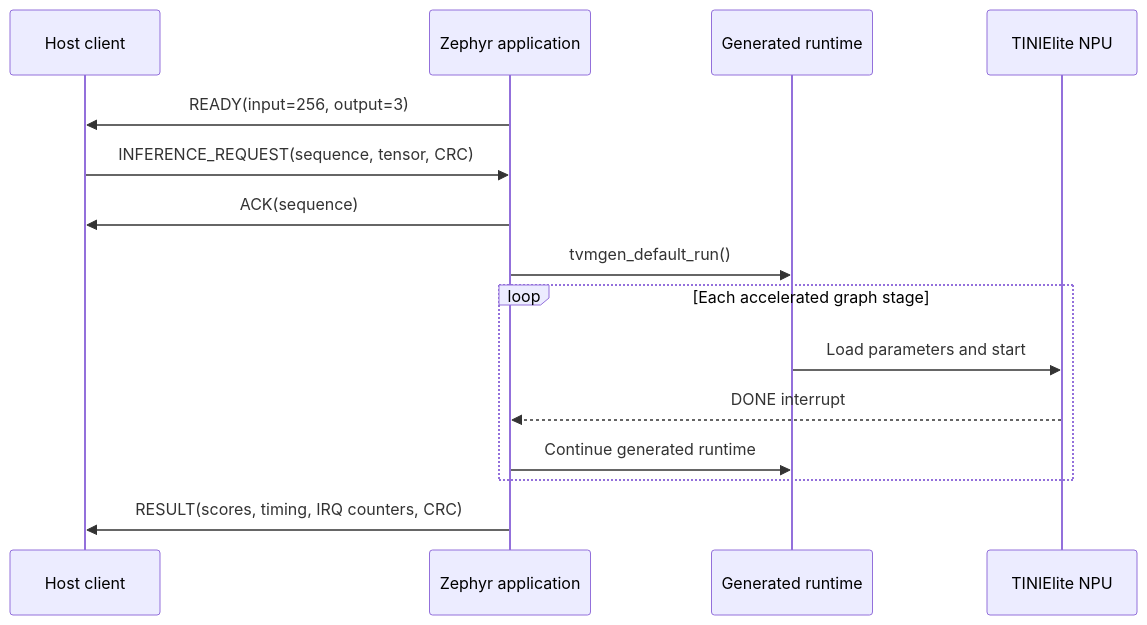
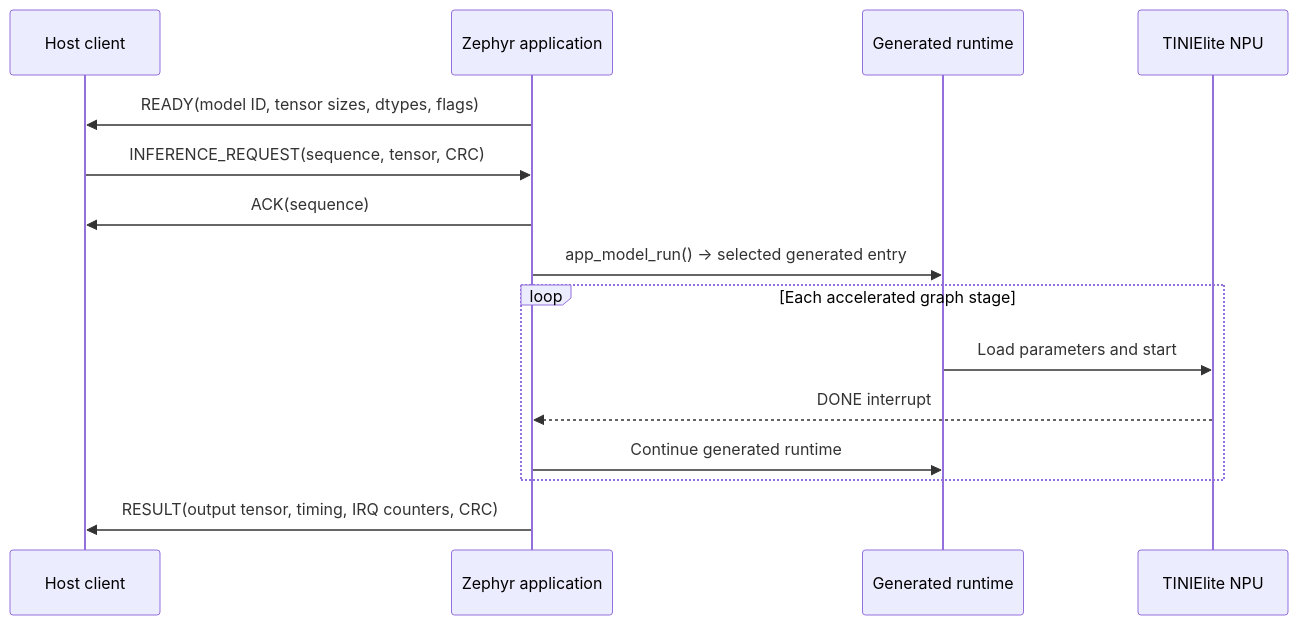
The second of 2 diagrams in README.md (jainilbavishi24/am13e230-tinielite-zephyr), drawn with Mermaid before and after one commit. The commit also changed other lines of this file and 81 other files, not shown here.

````diff
--- a/README.md
+++ b/README.md
@@ -77,18 +102,18 @@
 ```mermaid
 sequenceDiagram
     participant H as Host client
     participant A as Zephyr application
     participant R as Generated runtime
     participant N as TINIElite NPU
 
-    A->>H: READY(input=256, output=3)
+    A->>H: READY(model ID, tensor sizes, dtypes, flags)
     H->>A: INFERENCE_REQUEST(sequence, tensor, CRC)
     A->>H: ACK(sequence)
-    A->>R: tvmgen_default_run()
+    A->>R: app_model_run() → selected generated entry
     loop Each accelerated graph stage
         R->>N: Load parameters and start
         N-->>A: DONE interrupt
         A->>R: Continue generated runtime
     end
-    A->>H: RESULT(scores, timing, IRQ counters, CRC)
+    A->>H: RESULT(output tensor, timing, IRQ counters, CRC)
 ```
````
